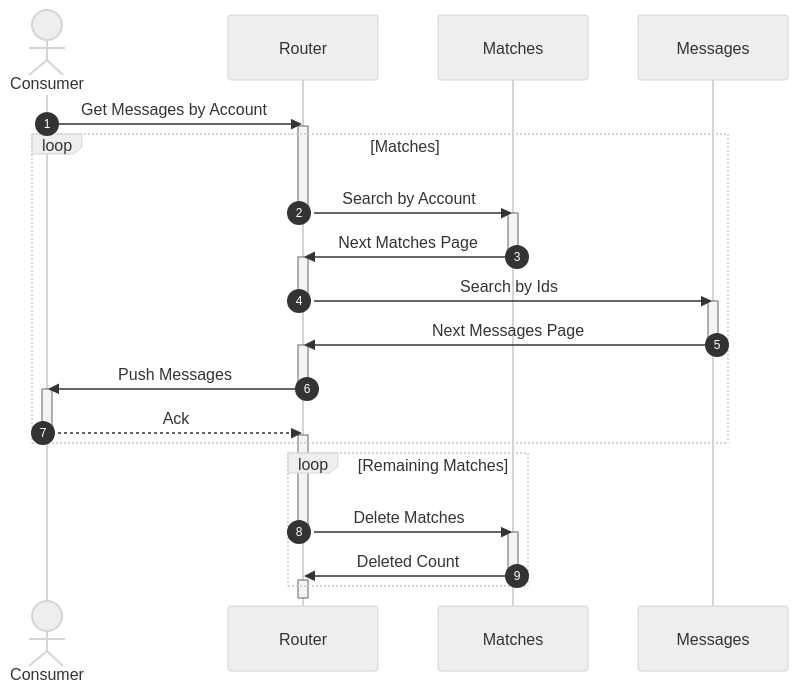
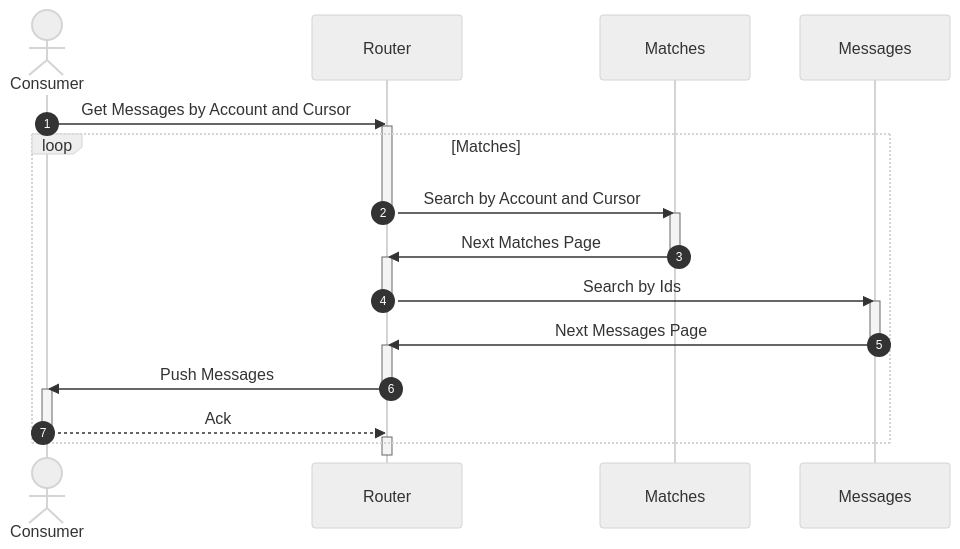
One commit to awakari/.github changed the second of 2 diagrams in profile/README.md. Above: the diagram before and after it, drawn with Mermaid.

Commit message:
readme update

````diff
--- a/profile/README.md
+++ b/profile/README.md
@@ -202,59 +202,46 @@
 ```mermaid
 %%{init: {'theme': 'neutral' } }%%
 sequenceDiagram
 
     autonumber
 
     actor Consumer
     participant Router
     participant Matches
     participant Messages
 
-    Consumer->>Router: Get Messages by Account
+    Consumer->>Router: Get Messages by Account and Cursor
 
     activate Router
     
     loop Matches
     
-        Router->>Matches: Search by Account
+        Router->>Matches: Search by Account and Cursor
         deactivate Router
         
         activate Matches
         Matches->>Router: Next Matches Page
         deactivate Matches
         
         activate Router
         Router->>Messages: Search by Ids
         deactivate Router
     
         activate Messages
         Messages->>Router: Next Messages Page
         deactivate Messages
         
         activate Router
         Router->>Consumer: Push Messages
         deactivate Router
 
         activate Consumer
         Consumer-->>Router: Ack
         deactivate Consumer
         
         activate Router
     
     end
-
-    loop Remaining Matches
-    
-        Router->>Matches: Delete Matches
-        deactivate Router
-        
-        activate Matches
-        Matches->>Router: Deleted Count 
-        deactivate Matches
-        
-        activate Router
-        
-    end
     
     deactivate Router
 ```
````
